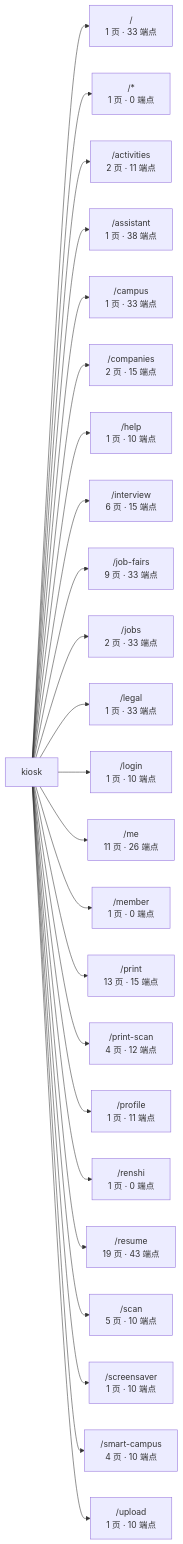
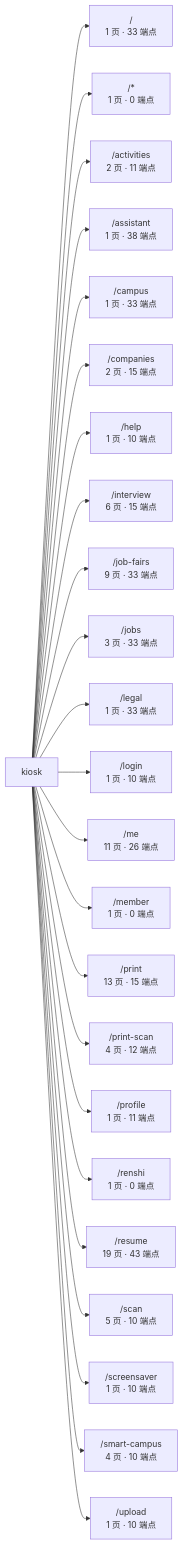
Before and after one commit to wanglei581/YITIJI: the first of 3 diagrams in docs/graph/routes.md, drawn with Mermaid. The commit also changed other lines of this file and 5 other files, not shown here.

First line of the commit message:
docs: record the kiosk official channels page (3.14) and refresh the graph

````diff
--- a/docs/graph/routes.md
+++ b/docs/graph/routes.md
@@ -17,27 +17,27 @@
 ```mermaid
 flowchart LR
   app["kiosk"]
   app --> _root_["/<br/>1 页 · 33 端点"]
   app --> _["/*<br/>1 页 · 0 端点"]
   app --> activities["/activities<br/>2 页 · 11 端点"]
   app --> assistant["/assistant<br/>1 页 · 38 端点"]
   app --> campus["/campus<br/>1 页 · 33 端点"]
   app --> companies["/companies<br/>2 页 · 15 端点"]
   app --> help["/help<br/>1 页 · 10 端点"]
   app --> interview["/interview<br/>6 页 · 15 端点"]
   app --> job_fairs["/job-fairs<br/>9 页 · 33 端点"]
-  app --> jobs["/jobs<br/>2 页 · 33 端点"]
+  app --> jobs["/jobs<br/>3 页 · 33 端点"]
   app --> legal["/legal<br/>1 页 · 33 端点"]
   app --> login["/login<br/>1 页 · 10 端点"]
   app --> me["/me<br/>11 页 · 26 端点"]
   app --> member["/member<br/>1 页 · 0 端点"]
   app --> print["/print<br/>13 页 · 15 端点"]
   app --> print_scan["/print-scan<br/>4 页 · 12 端点"]
   app --> profile["/profile<br/>1 页 · 11 端点"]
   app --> renshi["/renshi<br/>1 页 · 0 端点"]
   app --> resume["/resume<br/>19 页 · 43 端点"]
   app --> scan["/scan<br/>5 页 · 10 端点"]
   app --> screensaver["/screensaver<br/>1 页 · 10 端点"]
   app --> smart_campus["/smart-campus<br/>4 页 · 10 端点"]
   app --> upload["/upload<br/>1 页 · 10 端点"]
 ```
````
